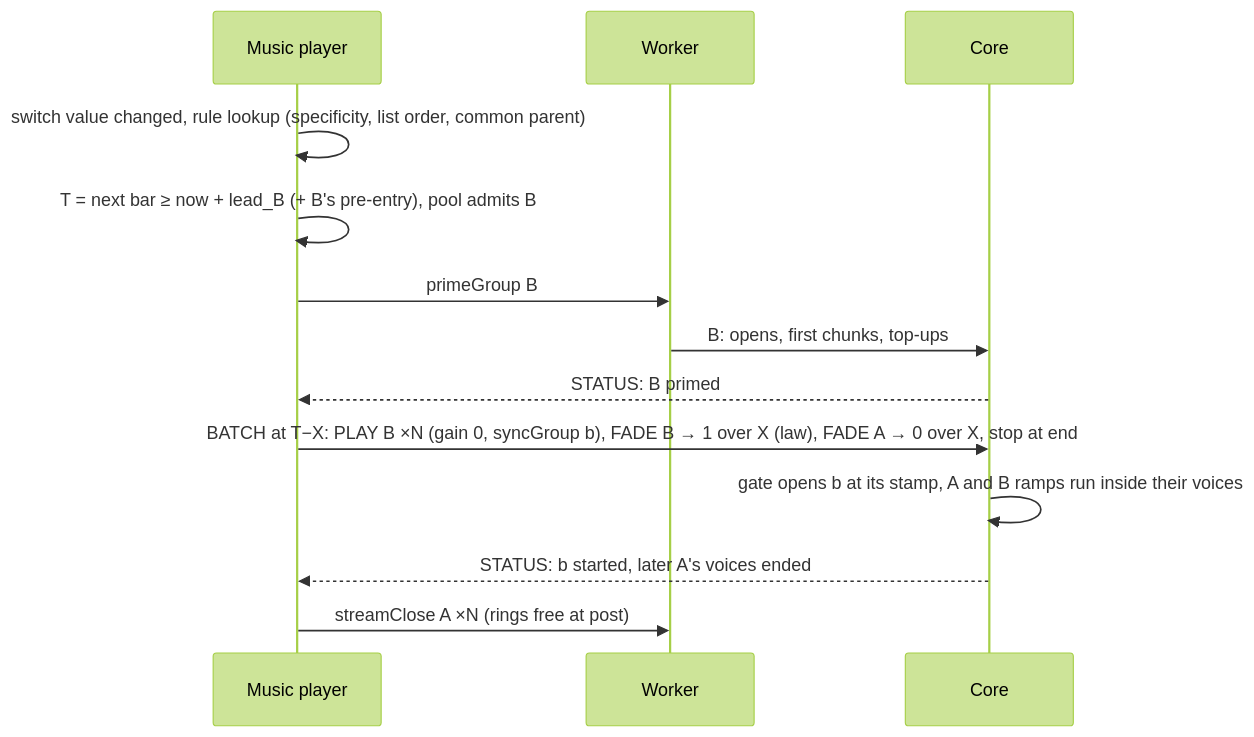
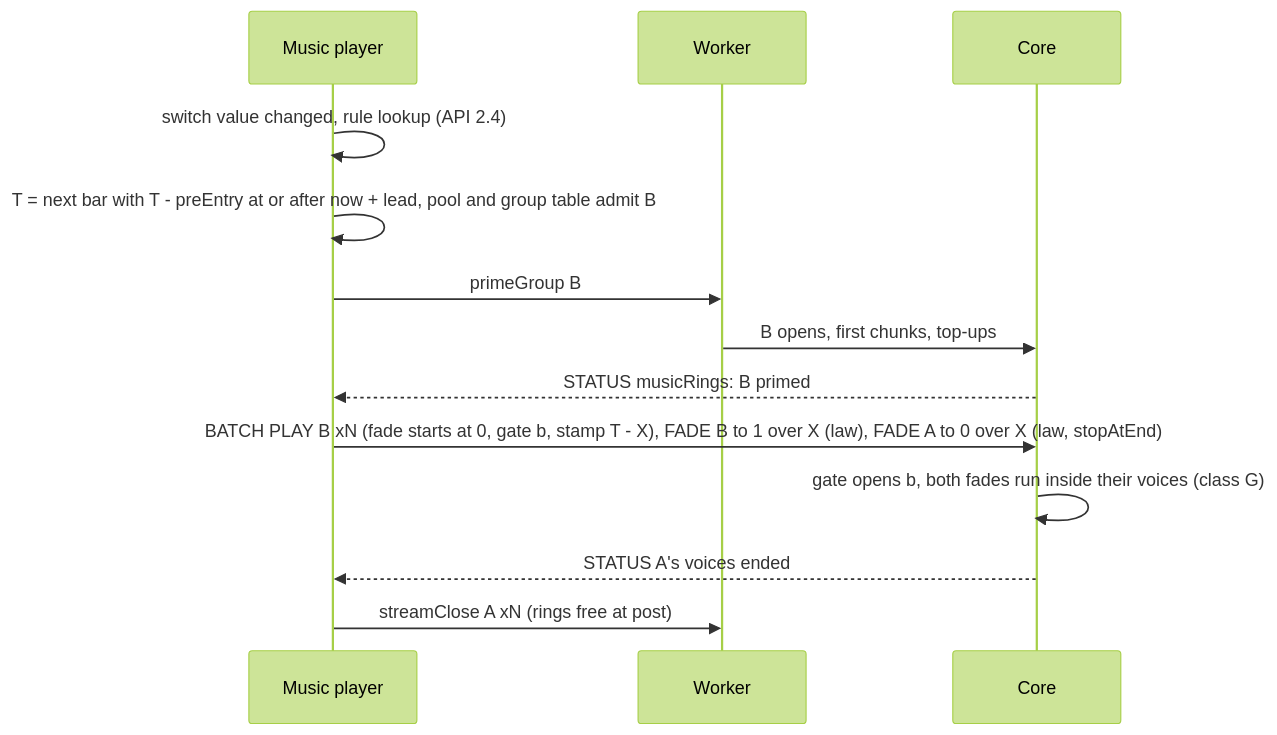
One commit to doughtnerd/TranquilityEngine changed the sixth of 9 diagrams in docs/design/0166-audio-music/architecture.md. Above: the diagram before and after it, drawn with Mermaid (forest theme). The commit also changed other lines of this file and 1 other file, not shown here.

First line of the commit message:
0166 round 2B: architecture and contracts revised under rulings R1-R24

````diff
--- a/docs/design/0166-audio-music/architecture.md
+++ b/docs/design/0166-audio-music/architecture.md
@@ -196,15 +226,15 @@
 ```mermaid
 sequenceDiagram
   participant P as Music player
   participant W as Worker
   participant K as Core
-  P->>P: switch value changed, rule lookup (specificity, list order, common parent)
-  P->>P: T = next bar ≥ now + lead_B (+ B's pre-entry), pool admits B
+  P->>P: switch value changed, rule lookup (API 2.4)
+  P->>P: T = next bar with T - preEntry at or after now + lead, pool and group table admit B
   P->>W: primeGroup B
-  W->>K: B: opens, first chunks, top-ups
-  K-->>P: STATUS: B primed
-  P->>K: BATCH at T−X: PLAY B ×N (gain 0, syncGroup b), FADE B → 1 over X (law), FADE A → 0 over X, stop at end
-  K->>K: gate opens b at its stamp, A and B ramps run inside their voices
-  K-->>P: STATUS: b started, later A's voices ended
-  P->>W: streamClose A ×N (rings free at post)
+  W->>K: B opens, first chunks, top-ups
+  K-->>P: STATUS musicRings: B primed
+  P->>K: BATCH PLAY B xN (fade starts at 0, gate b, stamp T - X), FADE B to 1 over X (law), FADE A to 0 over X (law, stopAtEnd)
+  K->>K: gate opens b, both fades run inside their voices (class G)
+  K-->>P: STATUS A's voices ended
+  P->>W: streamClose A xN (rings free at post)
 ```
````
